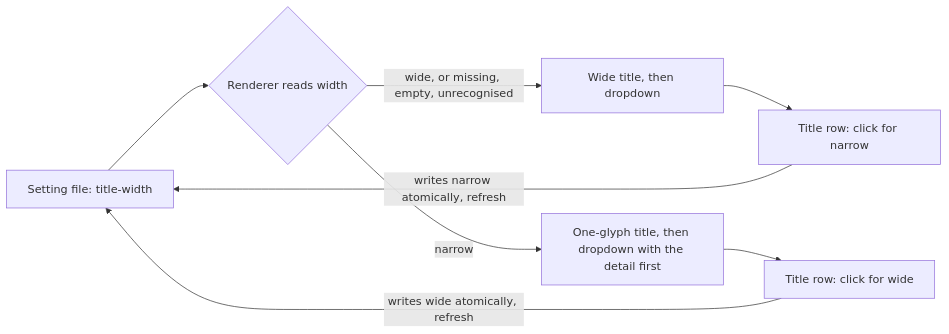
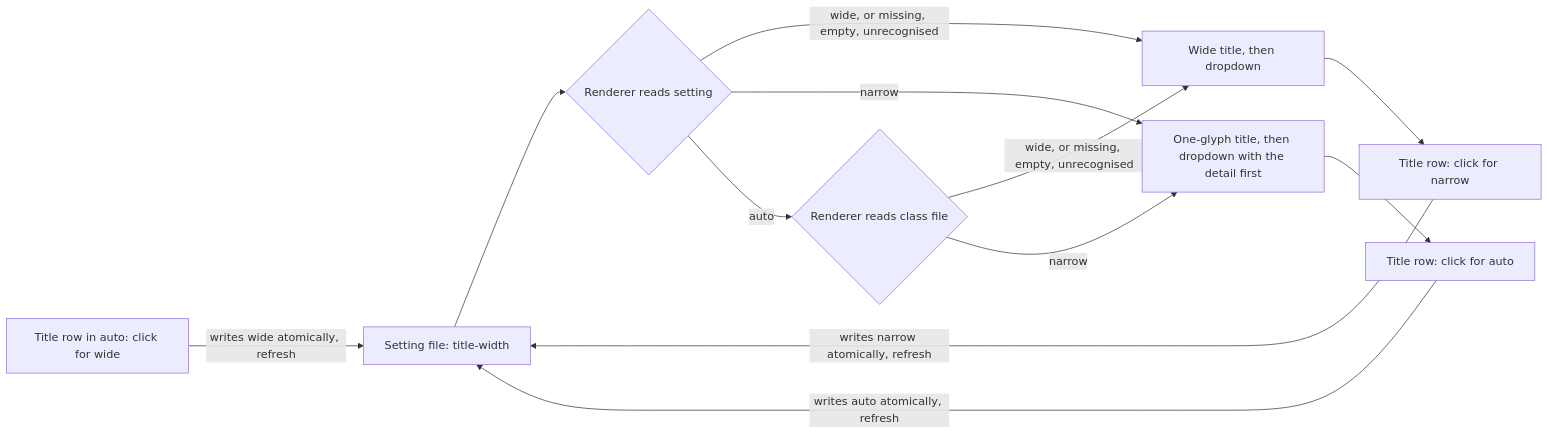
One commit to phillipgreenii/nix-repo-base changed the first of 4 diagrams in docs/swiftbar-title-width.md. Above: the diagram before and after it, drawn with Mermaid. The commit also changed other lines of this file and 3 other files, not shown here.

````diff
--- a/docs/swiftbar-title-width.md
+++ b/docs/swiftbar-title-width.md
@@ -60,10 +83,14 @@
 ```mermaid
 flowchart LR
-  F["Setting file: title-width"] --> R{"Renderer reads width"}
+  F["Setting file: title-width"] --> R{"Renderer reads setting"}
   R -->|"wide, or missing, empty, unrecognised"| W["Wide title, then dropdown"]
   R -->|"narrow"| N["One-glyph title, then dropdown with the detail first"]
+  R -->|"auto"| C{"Renderer reads class file"}
+  C -->|"wide, or missing, empty, unrecognised"| W
+  C -->|"narrow"| N
   W --> T["Title row: click for narrow"]
-  N --> T2["Title row: click for wide"]
+  N --> T2["Title row: click for auto"]
   T -->|"writes narrow atomically, refresh"| F
-  T2 -->|"writes wide atomically, refresh"| F
+  T2 -->|"writes auto atomically, refresh"| F
+  A["Title row in auto: click for wide"] -->|"writes wide atomically, refresh"| F
 ```
````
